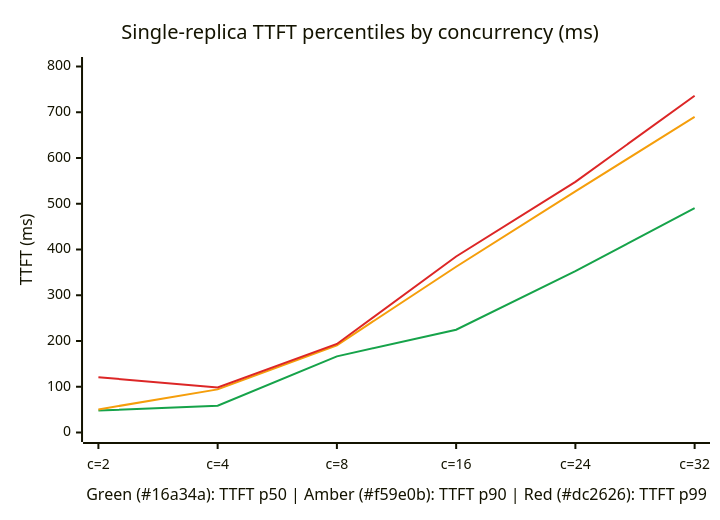
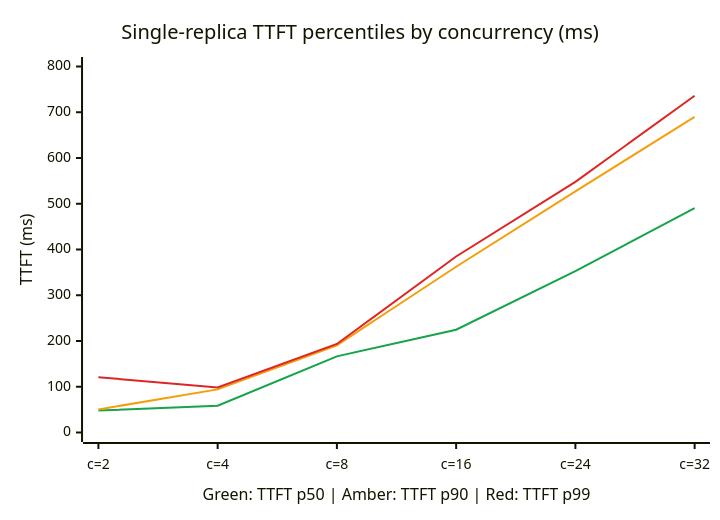
The fifth of 9 diagrams in docs/modules/model-deployment/scaling-benchmark.md (gpustack/gpustack-operator), drawn with Mermaid before and after one commit. The commit also changed other lines of this file, not shown here.

Commit message:
docs(scaling): remove hex color codes from xychart-beta x-axis labels

````diff
--- a/docs/modules/model-deployment/scaling-benchmark.md
+++ b/docs/modules/model-deployment/scaling-benchmark.md
@@ -311,10 +311,10 @@
 ```mermaid
 %%{init: {"themeVariables": {"xyChart": {"plotColorPalette": "#16a34a, #f59e0b, #dc2626"}}}}%%
 xychart-beta
     title "Single-replica TTFT percentiles by concurrency (ms)"
-    x-axis "Green (#16a34a): TTFT p50 | Amber (#f59e0b): TTFT p90 | Red (#dc2626): TTFT p99" ["c=2", "c=4", "c=8", "c=16", "c=24", "c=32"]
+    x-axis "Green: TTFT p50 | Amber: TTFT p90 | Red: TTFT p99" ["c=2", "c=4", "c=8", "c=16", "c=24", "c=32"]
     y-axis "TTFT (ms)" 0 --> 800
     line "TTFT p50" [48.084, 58.658, 166.364, 224.723, 352.587, 490.591]
     line "TTFT p90" [50.489, 94.228, 190.725, 362.343, 527.173, 689.956]
     line "TTFT p99" [120.712, 98.486, 193.563, 384.708, 547.8, 736.115]
 ```
````
